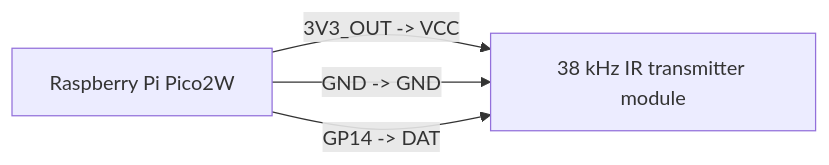
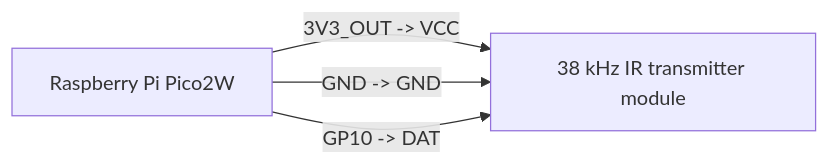
One commit to jovlinger/utils changed the second of 3 diagrams in thermo/onboard/hardware/pico2w/PLAN.md. Above: the diagram before and after it, drawn with Mermaid. The commit also changed other lines of this file and 14 other files, not shown here.

````diff
--- a/thermo/onboard/hardware/pico2w/PLAN.md
+++ b/thermo/onboard/hardware/pico2w/PLAN.md
@@ -49,9 +50,9 @@
 ```mermaid
 flowchart LR
   pico["Raspberry Pi Pico2W"]
   irtx["38 kHz IR transmitter module"]
 
   pico -- "3V3_OUT -> VCC" --> irtx
   pico -- "GND -> GND" --> irtx
-  pico -- "GP14 -> DAT" --> irtx
+  pico -- "GP10 -> DAT" --> irtx
 ```
````
